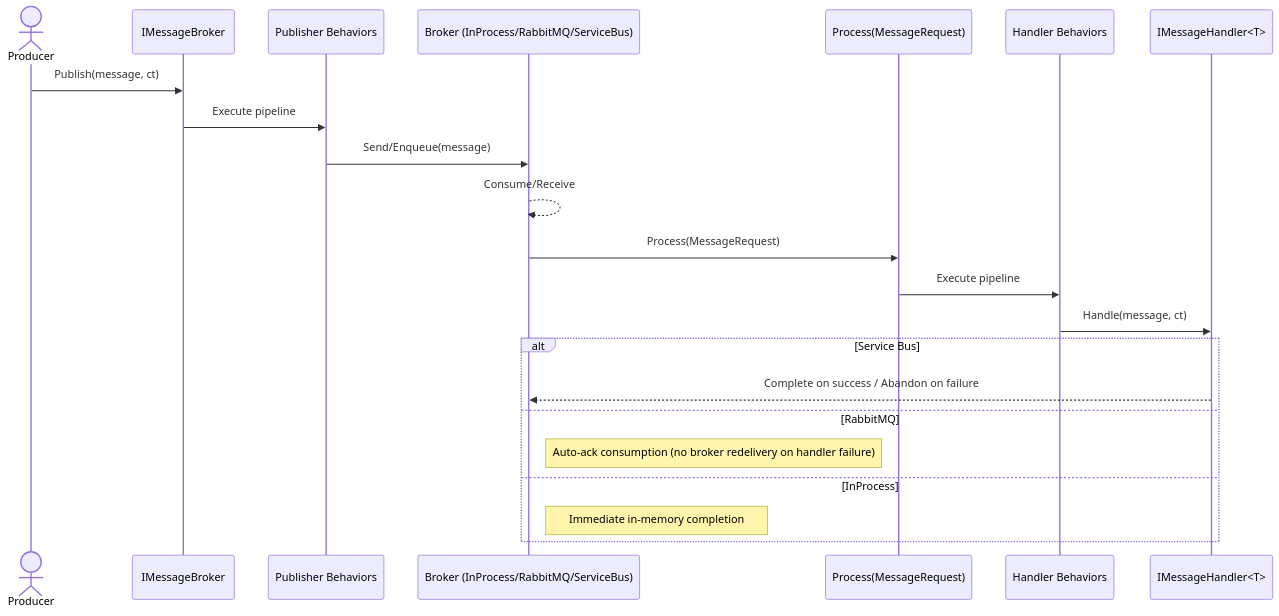
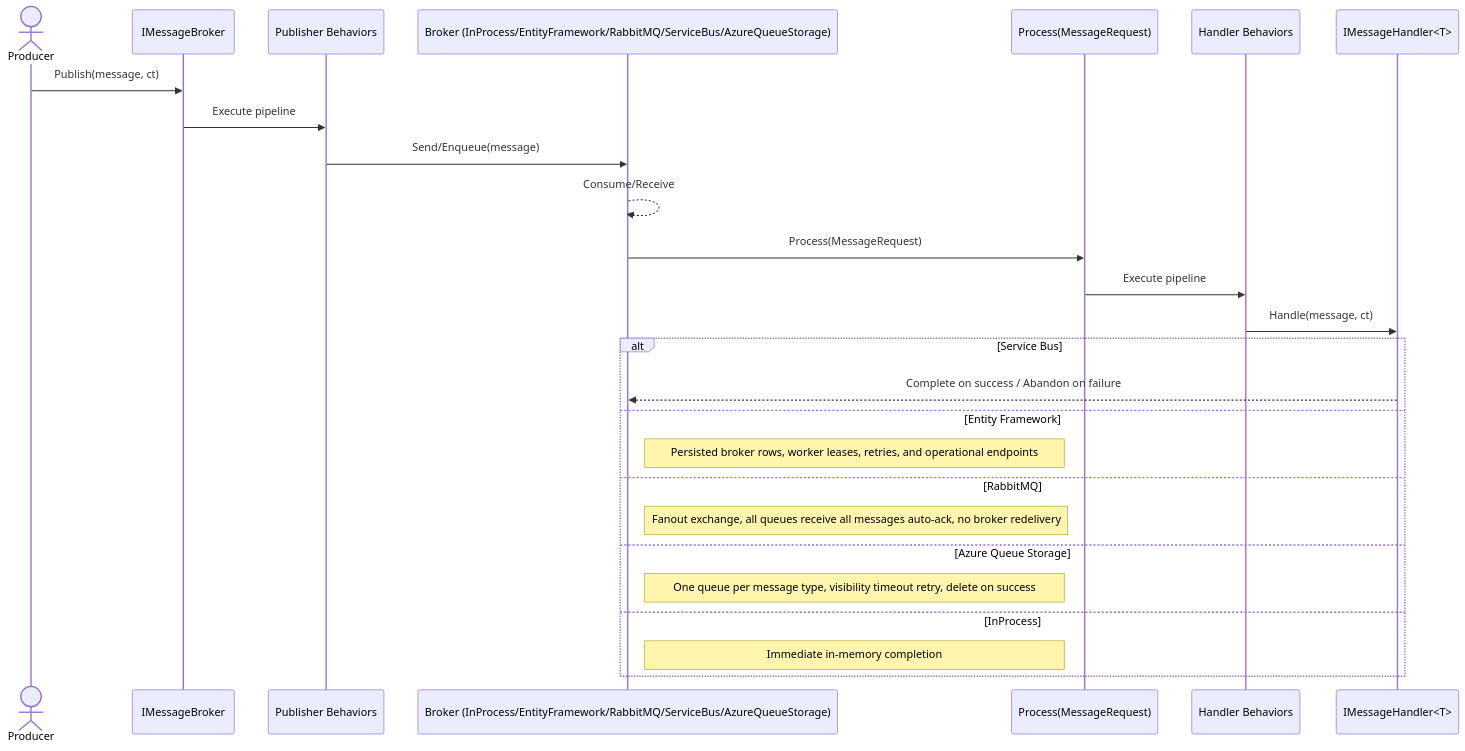
Before and after one commit to BridgingIT-GmbH/bITdevKit.Examples.GettingStarted: the first of 6 diagrams in .bdk/docs/features-messaging.md, drawn with Mermaid. The commit also changed other lines of this file and 77 other files, not shown here.

````diff
--- a/.bdk/docs/features-messaging.md
+++ b/.bdk/docs/features-messaging.md
@@ -32,25 +46,29 @@
 ```mermaid
 sequenceDiagram
     actor Producer
     participant Broker as IMessageBroker
     participant PubBeh as Publisher Behaviors
-    participant Transport as Broker (InProcess/RabbitMQ/ServiceBus)
+    participant Transport as Broker (InProcess/EntityFramework/RabbitMQ/ServiceBus/AzureQueueStorage)
     participant Proc as Process(MessageRequest)
     participant HandBeh as Handler Behaviors
     participant Handler as IMessageHandler<T>
 
     Producer->>Broker: Publish(message, ct)
     Broker->>PubBeh: Execute pipeline
     PubBeh->>Transport: Send/Enqueue(message)
     Transport-->>Transport: Consume/Receive
     Transport->>Proc: Process(MessageRequest)
     Proc->>HandBeh: Execute pipeline
     HandBeh->>Handler: Handle(message, ct)
     alt Service Bus
       Handler-->>Transport: Complete on success / Abandon on failure
-    else RabbitMQ
-      note right of Transport: Auto-ack consumption (no broker redelivery on handler failure)
-    else InProcess
-      note right of Transport: Immediate in-memory completion
-    end
+    else Entity Framework
+      note right of Transport: Persisted broker rows, worker leases, retries, and operational endpoints
+     else RabbitMQ
+       note right of Transport: Fanout exchange, all queues receive all messages auto-ack, no broker redelivery
+     else Azure Queue Storage
+       note right of Transport: One queue per message type, visibility timeout retry, delete on success
+     else InProcess
+       note right of Transport: Immediate in-memory completion
+     end
 ```
````
